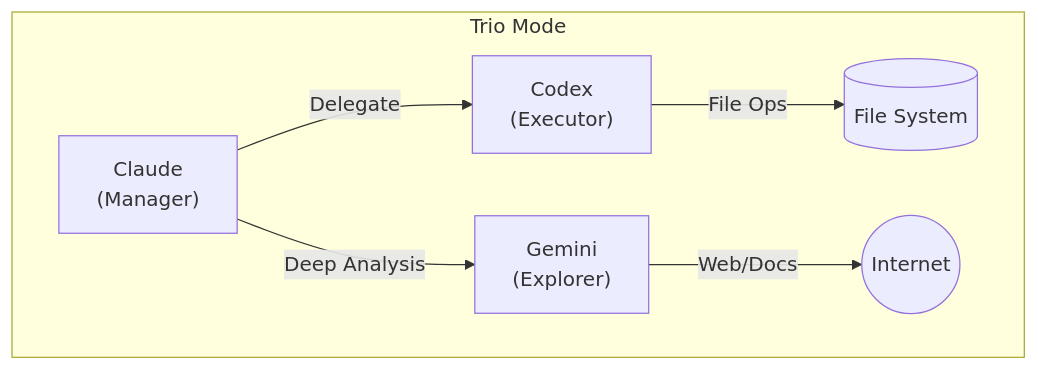
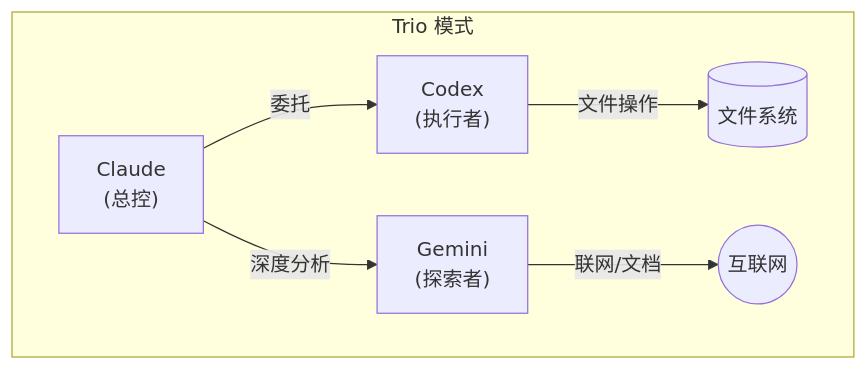
The second of 2 diagrams in README_zh.md (bfly123/claude_code_autoflow), drawn with Mermaid before and after one commit. The commit also changed other lines of this file, not shown here.

Commit message:
docs: translate mermaid diagrams to Chinese in README_zh.md

````diff
--- a/README_zh.md
+++ b/README_zh.md
@@ -197,11 +197,11 @@
 ```mermaid
 flowchart TD
-    subgraph "Trio Mode"
-        C["Claude<br/>(Manager)"] -->|Delegate| CX["Codex<br/>(Executor)"]
-        C -->|Deep Analysis| G["Gemini<br/>(Explorer)"]
+    subgraph "Trio 模式"
+        C["Claude<br/>(总控)"] -->|委托| CX["Codex<br/>(执行者)"]
+        C -->|深度分析| G["Gemini<br/>(探索者)"]
         
-        CX -->|File Ops| FS[("File System")]
+        CX -->|文件操作| FS[("文件系统")]
         
-        G -->|Web/Docs| W(("Internet"))
+        G -->|联网/文档| W(("互联网"))
     end
 ```
````
